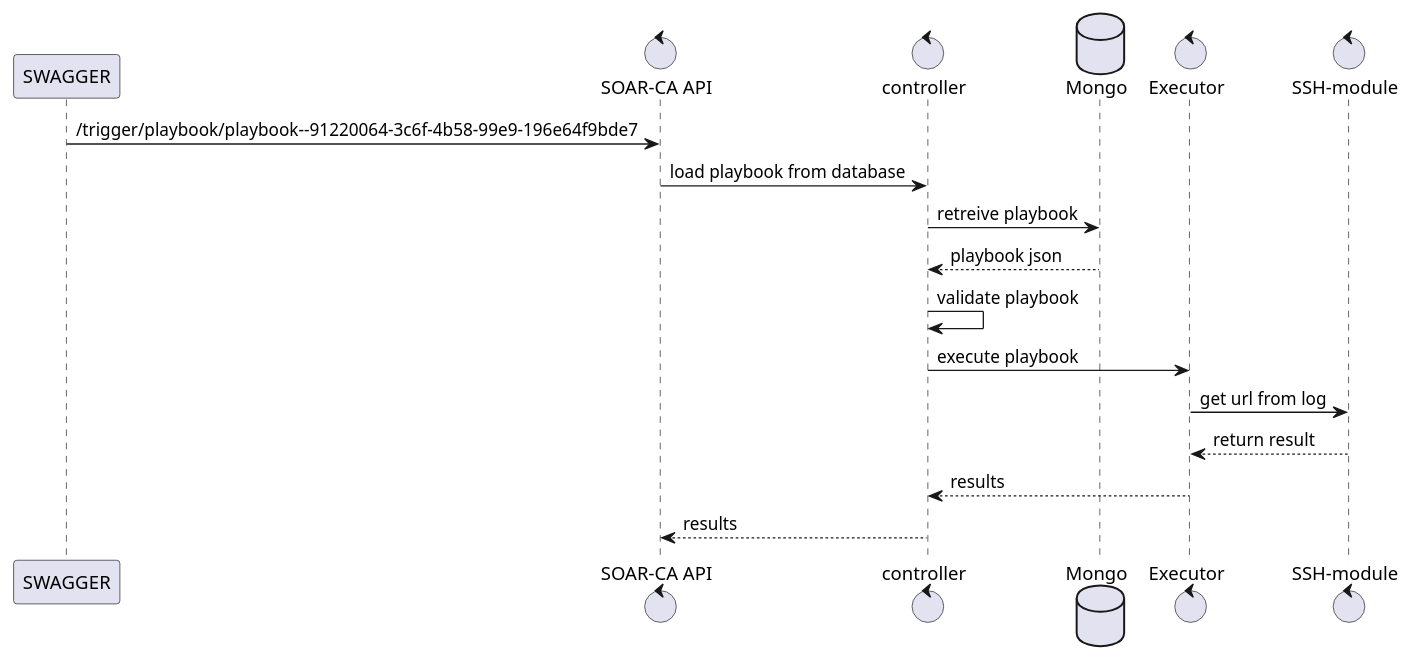
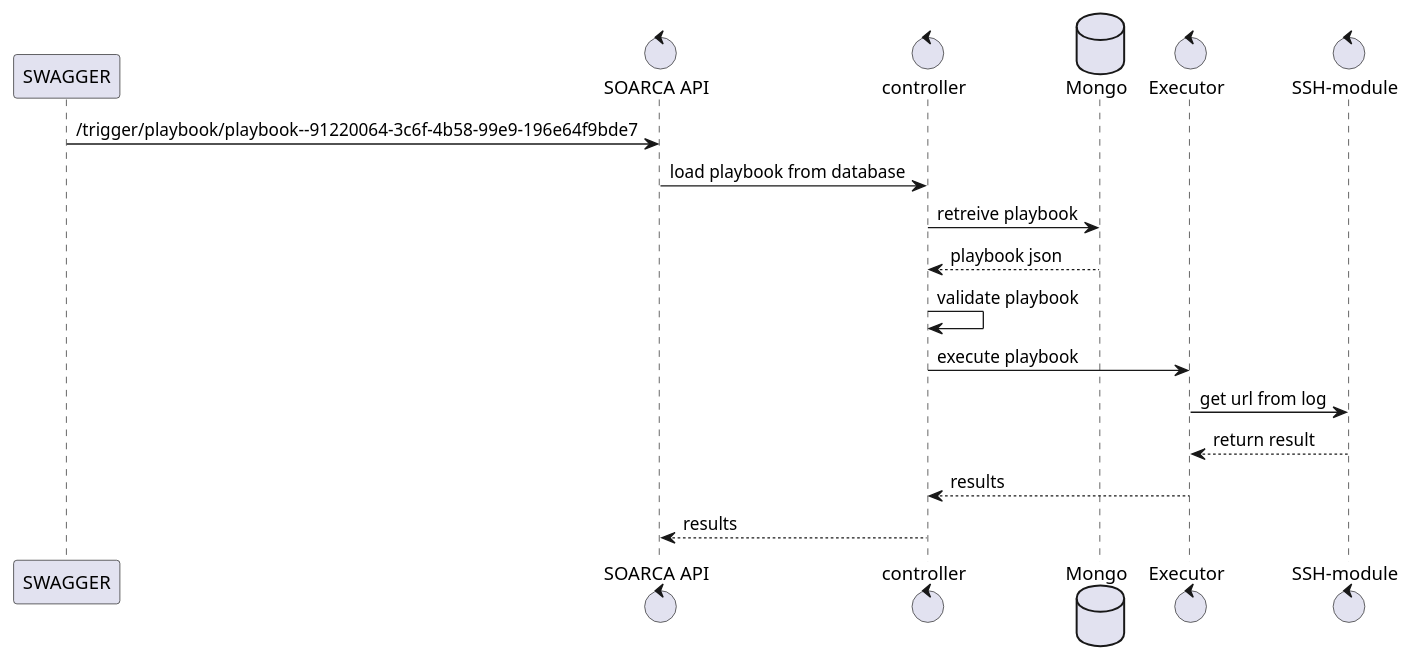
Before and after one commit to COSSAS/SOARCA: diagram 19 of 19 in docs/content/en/docs/core-components/api-design.md, drawn with PlantUML. The commit also changed other lines of this file and 8 other files, not shown here.

````diff
--- a/docs/content/en/docs/core-components/api-design.md
+++ b/docs/content/en/docs/core-components/api-design.md
@@ -573,23 +573,23 @@
 ```plantuml
 @startuml
 participant "SWAGGER" as gui
-control "SOAR-CA API" as api
+control "SOARCA API" as api
 control "controller" as controller
 database "Mongo" as db
 control "Executor" as exe
 control "SSH-module" as ssh
 
 
 gui -> api : /trigger/playbook/playbook--91220064-3c6f-4b58-99e9-196e64f9bde7
 api -> controller : load playbook from database
 controller -> db: retreive playbook
 controller <-- db: playbook json
 controller -> controller: validate playbook
 controller -> exe : execute playbook
 exe -> ssh : get url from log
 exe <-- ssh : return result
 controller <-- exe : results
 api <-- controller: results
 
 @enduml
 ```
````
